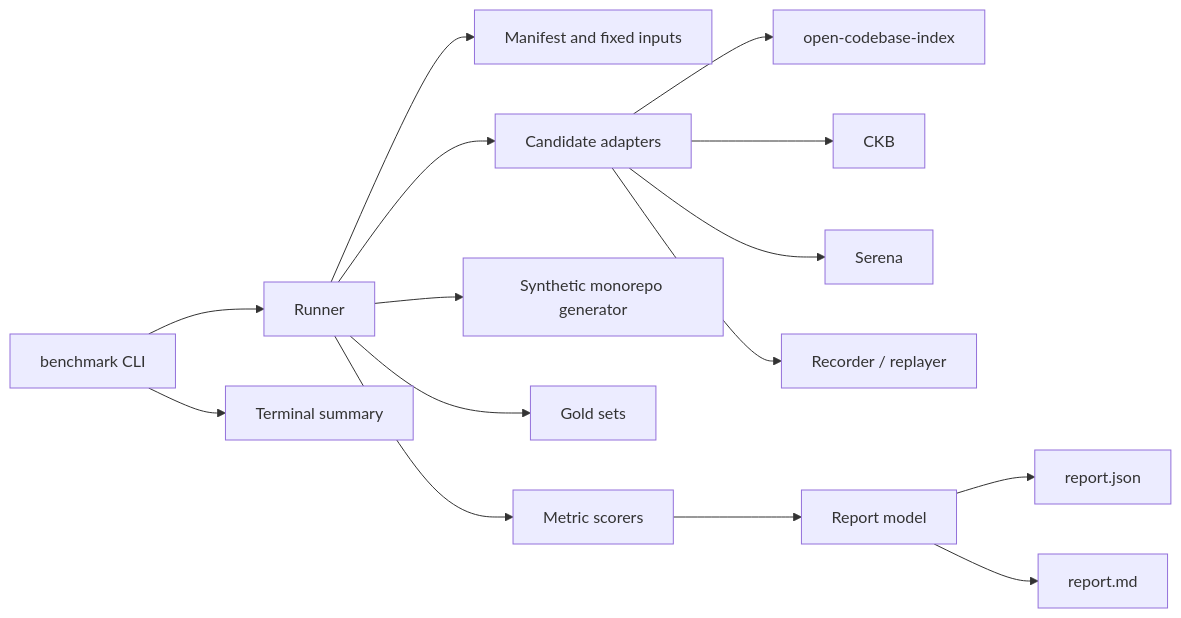
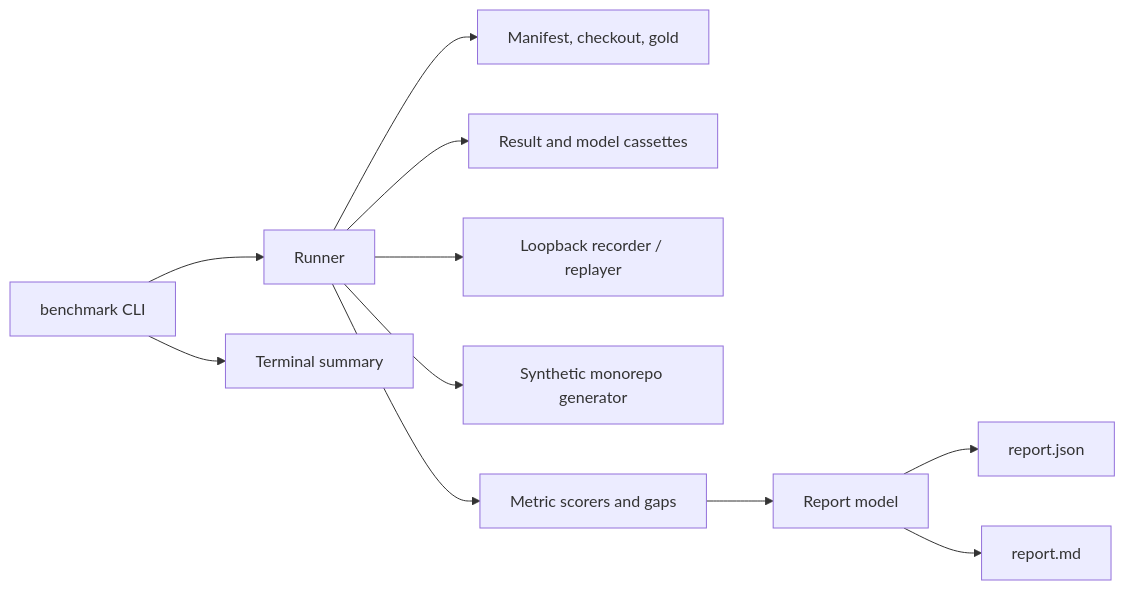
The first of 2 diagrams in givn/changes/benchmark-gate/design.md (kressnerd/ortsinn), drawn with Mermaid before and after one commit. The commit also changed other lines of this file and 29 other files, not shown here.

````diff
--- a/givn/changes/benchmark-gate/design.md
+++ b/givn/changes/benchmark-gate/design.md
@@ -162,17 +184,13 @@
 ```mermaid
 flowchart LR
     CLI[benchmark CLI] --> RUN[Runner]
-    RUN --> MAN[Manifest and fixed inputs]
-    RUN --> ADP[Candidate adapters]
-    ADP --> OCBI[open-codebase-index]
-    ADP --> CKB[CKB]
-    ADP --> SER[Serena]
-    ADP --> REC[Recorder / replayer]
+    RUN --> MAN[Manifest, checkout, gold]
+    RUN --> CASS[Result and model cassettes]
+    RUN --> REC[Loopback recorder / replayer]
     RUN --> GEN[Synthetic monorepo generator]
-    RUN --> GOLD[Gold sets]
-    RUN --> MET[Metric scorers]
+    RUN --> MET[Metric scorers and gaps]
     MET --> REP[Report model]
     REP --> JSON[report.json]
     REP --> MD[report.md]
     CLI --> OUT[Terminal summary]
 ```
````
